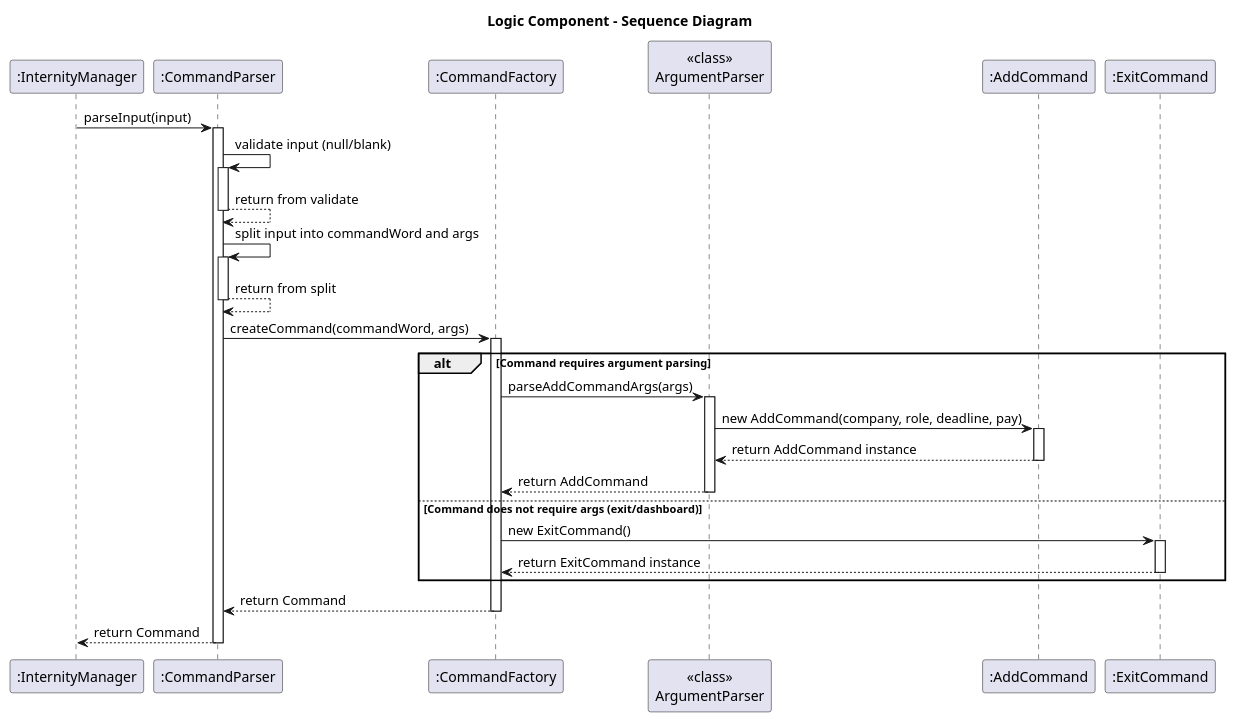
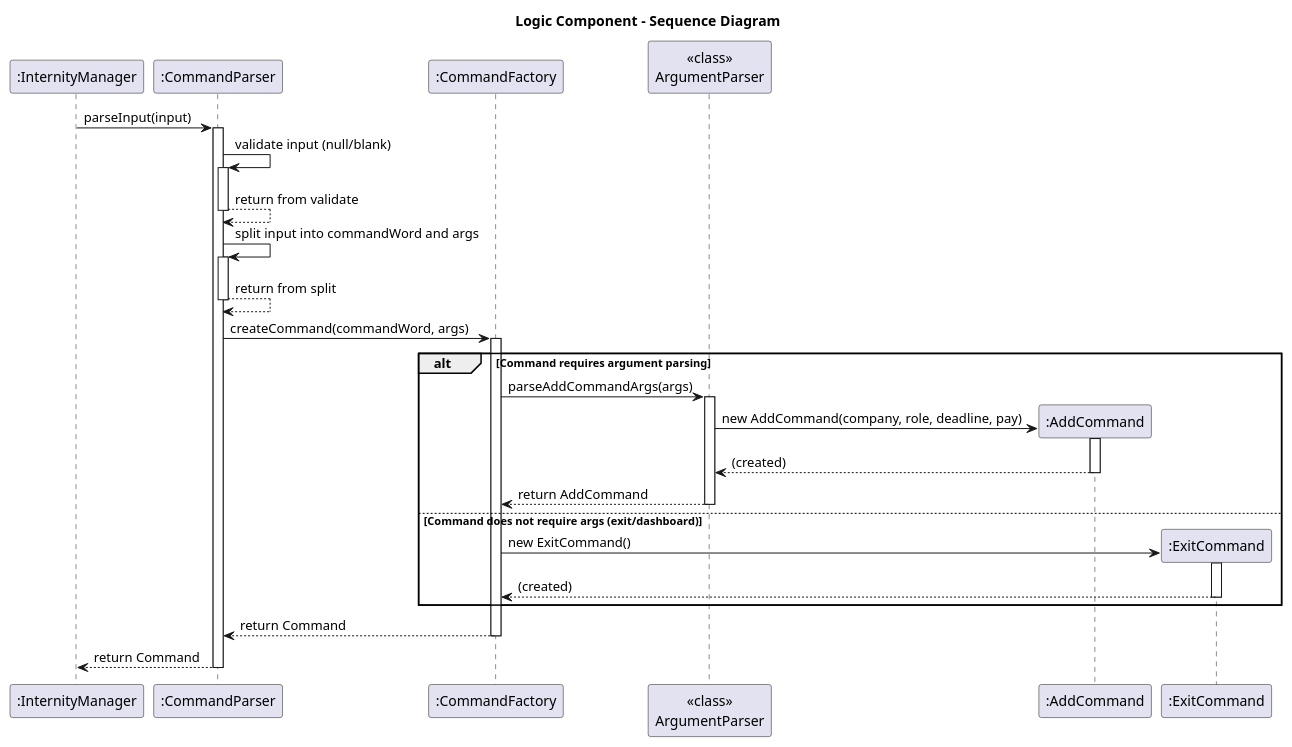
Before and after one commit to BenyAlbatross/tp: the diagram in docs/diagrams/LogicComponentSD.puml, drawn with PlantUML. The commit also changed 6 other files, not shown here.

Commit message:
Fix UML diagrams

```diff
--- a/docs/diagrams/LogicComponentSD.puml
+++ b/docs/diagrams/LogicComponentSD.puml
@@ -1,52 +1,52 @@
 @startuml
 title Logic Component - Sequence Diagram
 
 participant ":InternityManager" as IM
 participant ":CommandParser" as CP
 participant ":CommandFactory" as CF
 participant "<<class>>\nArgumentParser" as AP
 participant ":AddCommand" as AddC
 participant ":ExitCommand" as ExitC
 
 IM -> CP: parseInput(input)
 activate CP
 
 ' --- validate input ---
 CP -> CP: validate input (null/blank)
 activate CP
 CP --> CP: return from validate
 deactivate CP
 
 ' --- split input ---
 CP -> CP: split input into commandWord and args
 activate CP
 CP --> CP: return from split
 deactivate CP
 
 ' --- create command via factory ---
 CP -> CF: createCommand(commandWord, args)
 activate CF
 
 alt Command requires argument parsing
     CF -> AP: parseAddCommandArgs(args)
     activate AP
-    AP -> AddC: new AddCommand(company, role, deadline, pay)
+    AP -> AddC**: new AddCommand(company, role, deadline, pay)
     activate AddC
-    AddC --> AP: return AddCommand instance
+    return (created)
     deactivate AddC
     AP --> CF: return AddCommand
     deactivate AP
 else Command does not require args (exit/dashboard)
-    CF -> ExitC: new ExitCommand()
+    CF -> ExitC**: new ExitCommand()
     activate ExitC
-    ExitC --> CF: return ExitCommand instance
+    return (created)
     deactivate ExitC
 end
 
 CF --> CP: return Command
 deactivate CF
 
 CP --> IM: return Command
 deactivate CP
 
 @enduml
```
